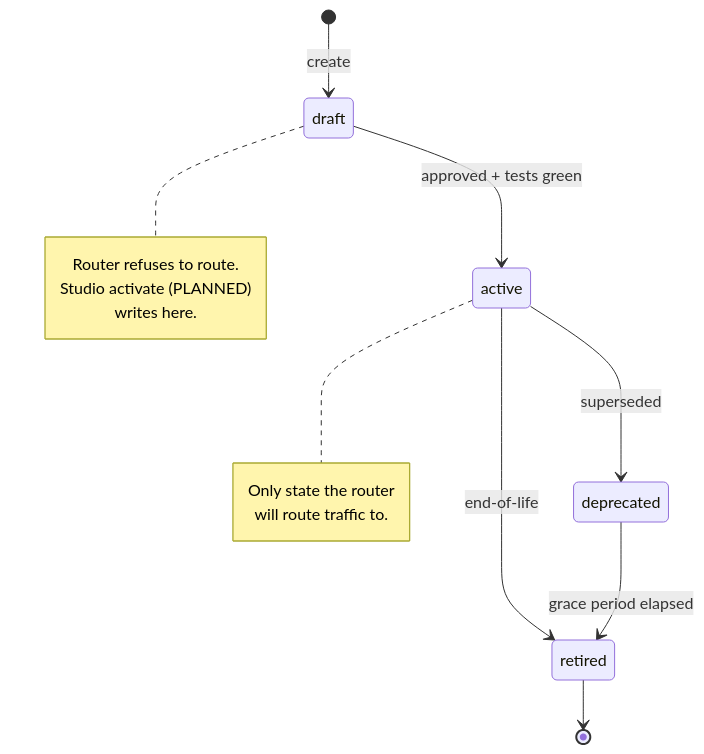
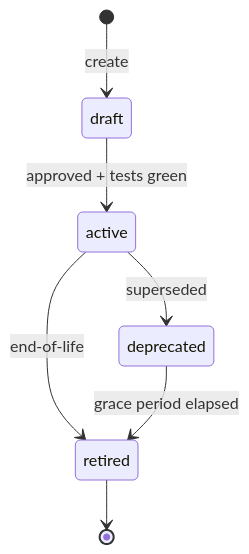
Before and after one commit to Kevinparashar/One-ops-NextGen: the second of 7 diagrams in docs/MANAGEMENT-BRIEFING.md, drawn with Mermaid. The commit also changed other lines of this file and 1 other file, not shown here.

````diff
--- a/docs/MANAGEMENT-BRIEFING.md
+++ b/docs/MANAGEMENT-BRIEFING.md
@@ -178,21 +107,10 @@
 ```mermaid
 stateDiagram-v2
     direction TB
     [*] --> draft : create
     draft --> active : approved + tests green
     active --> deprecated : superseded
     active --> retired : end-of-life
     deprecated --> retired : grace period elapsed
     retired --> [*]
-
-    note right of draft
-        Router refuses to route.
-        Studio activate (PLANNED)
-        writes here.
-    end note
-
-    note right of active
-        Only state the router
-        will route traffic to.
-    end note
 ```
````
